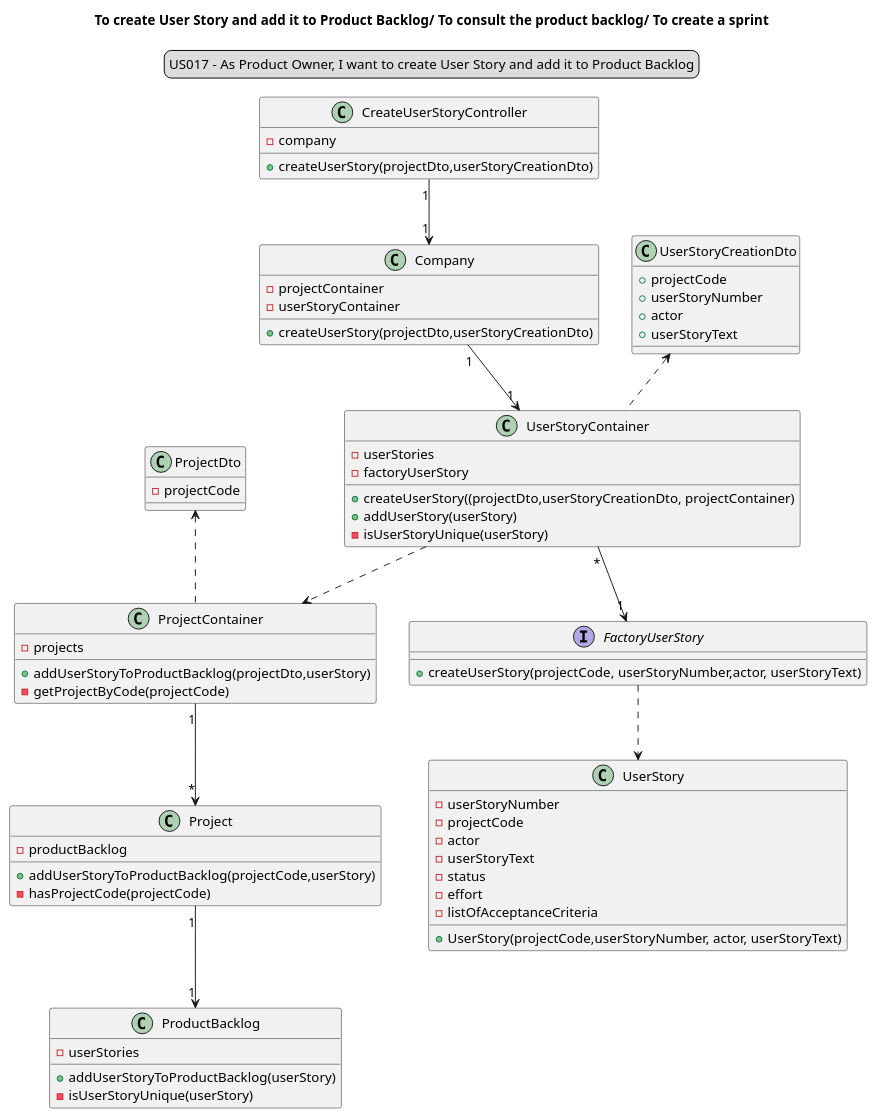
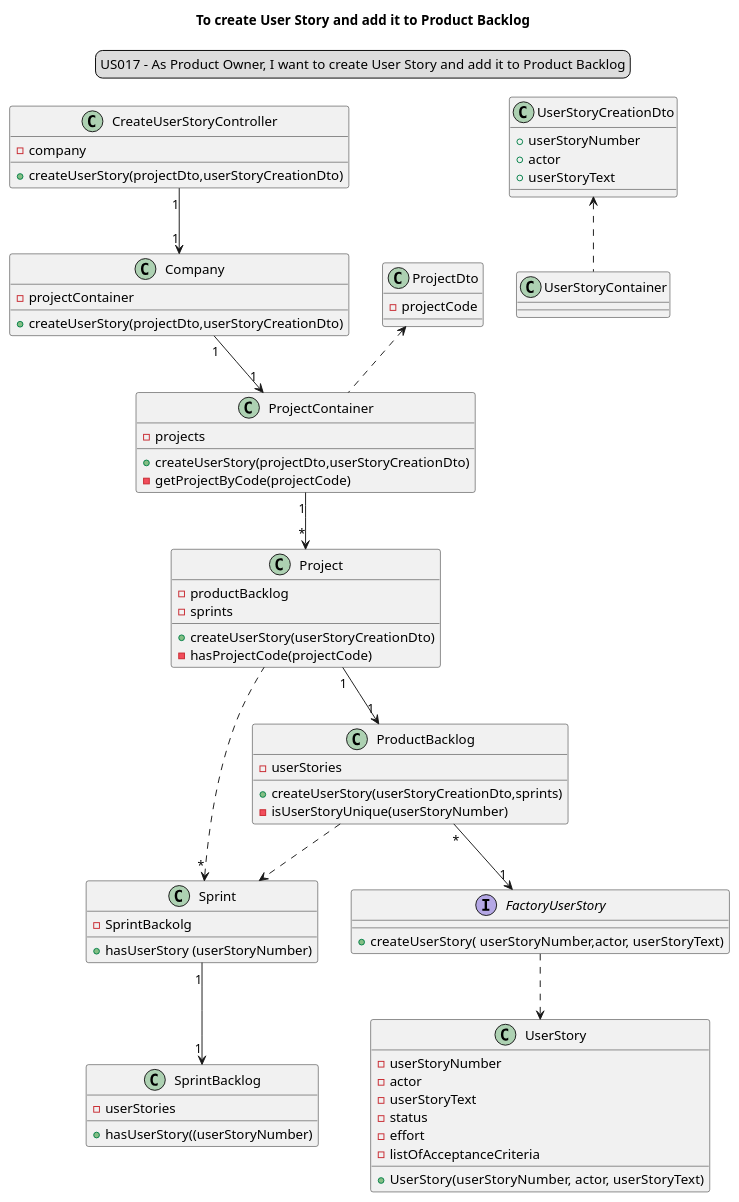
Before and after one commit to Loracline/project_switch_22-23: the diagram in docs/modelling_design/user_stories/sprint03/us017/US017_classDiagram.puml, drawn with PlantUML. The commit also changed 1 other file, not shown here.

```diff
--- a/docs/modelling_design/user_stories/sprint03/us017/US017_classDiagram.puml
+++ b/docs/modelling_design/user_stories/sprint03/us017/US017_classDiagram.puml
@@ -1,79 +1,81 @@
 @startuml
 'https://plantuml.com/sequence-diagram
 legend top
 US017 - As Product Owner, I want to create User Story and add it to Product Backlog
 end legend
 skinparam sequenceMessageAlign center
-title To create User Story and add it to Product Backlog/ To consult the product backlog/ To create a sprint
+title To create User Story and add it to Product Backlog
 
 class "CreateUserStoryController" {
 - company
 + createUserStory(projectDto,userStoryCreationDto)
 }
 
 class "Company" {
 - projectContainer
-- userStoryContainer
 + createUserStory(projectDto,userStoryCreationDto)
 }
 
-class "UserStoryContainer"{
--userStories
--factoryUserStory
-+createUserStory((projectDto,userStoryCreationDto, projectContainer)
-+addUserStory(userStory)
--isUserStoryUnique(userStory)
-
-}
 
 class "ProjectContainer" {
 - projects
-+ addUserStoryToProductBacklog(projectDto,userStory)
++ createUserStory(projectDto,userStoryCreationDto)
 -getProjectByCode(projectCode)
 }
 
 class "Project"{
 - productBacklog
-+ addUserStoryToProductBacklog(projectCode,userStory)
+- sprints
++ createUserStory(userStoryCreationDto)
 - hasProjectCode(projectCode)
 
 }
+class "Sprint"{
+-SprintBackolg
++hasUserStory (userStoryNumber)
+}
+
+class "SprintBacklog"{
+-userStories
++hasUserStory((userStoryNumber)
+}
+
 class "ProductBacklog" {
 - userStories
-+ addUserStoryToProductBacklog(userStory)
-- isUserStoryUnique(userStory)
++ createUserStory(userStoryCreationDto,sprints)
+- isUserStoryUnique(userStoryNumber)
 }
 class "UserStory"{
 - userStoryNumber
-- projectCode
 - actor
 - userStoryText
 - status
 - effort
 - listOfAcceptanceCriteria
-+ UserStory(projectCode,userStoryNumber, actor, userStoryText)
++ UserStory(userStoryNumber, actor, userStoryText)
 }
 
 interface "FactoryUserStory" {
-+ createUserStory(projectCode, userStoryNumber,actor, userStoryText)
++ createUserStory( userStoryNumber,actor, userStoryText)
 }
 class "UserStoryCreationDto"{
-+projectCode
 +userStoryNumber
 +actor
 +userStoryText
 }
 class "ProjectDto"{
 -projectCode
 }
 
 "CreateUserStoryController""1"-->"1" "Company"
-"Company" "1"--> "1" "UserStoryContainer"
-"UserStoryContainer" "*" --> "1""FactoryUserStory"
-"UserStoryContainer" ..> "ProjectContainer"
+"Company" "1"--> "1" "ProjectContainer"
 "ProjectContainer" "1"-->"*" "Project"
 "Project" "1" -->"1" "ProductBacklog"
+"Sprint" "*"<.. "Project"
+"ProductBacklog" "*" --> "1""FactoryUserStory"
 "FactoryUserStory" ..> "UserStory"
 "ProjectDto"<.. "ProjectContainer"
 "UserStoryCreationDto"<.."UserStoryContainer"
+"ProductBacklog" ..> "Sprint"
+"Sprint" "1"-->"1" "SprintBacklog"
 @enduml
```
